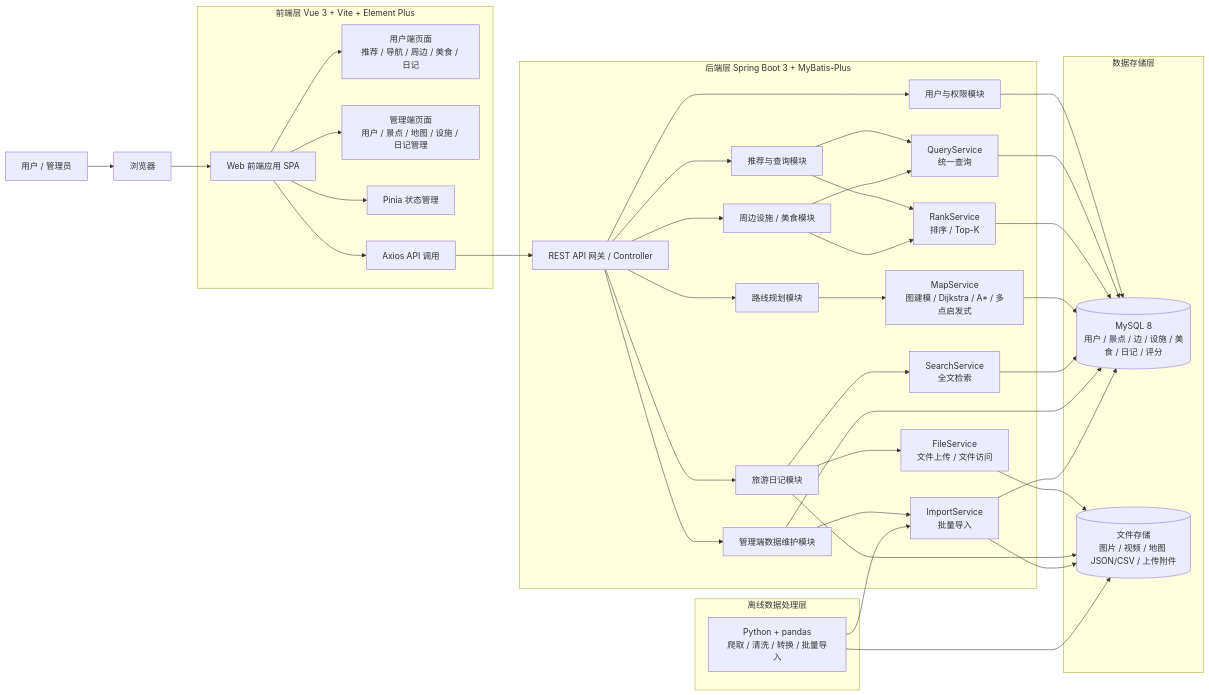
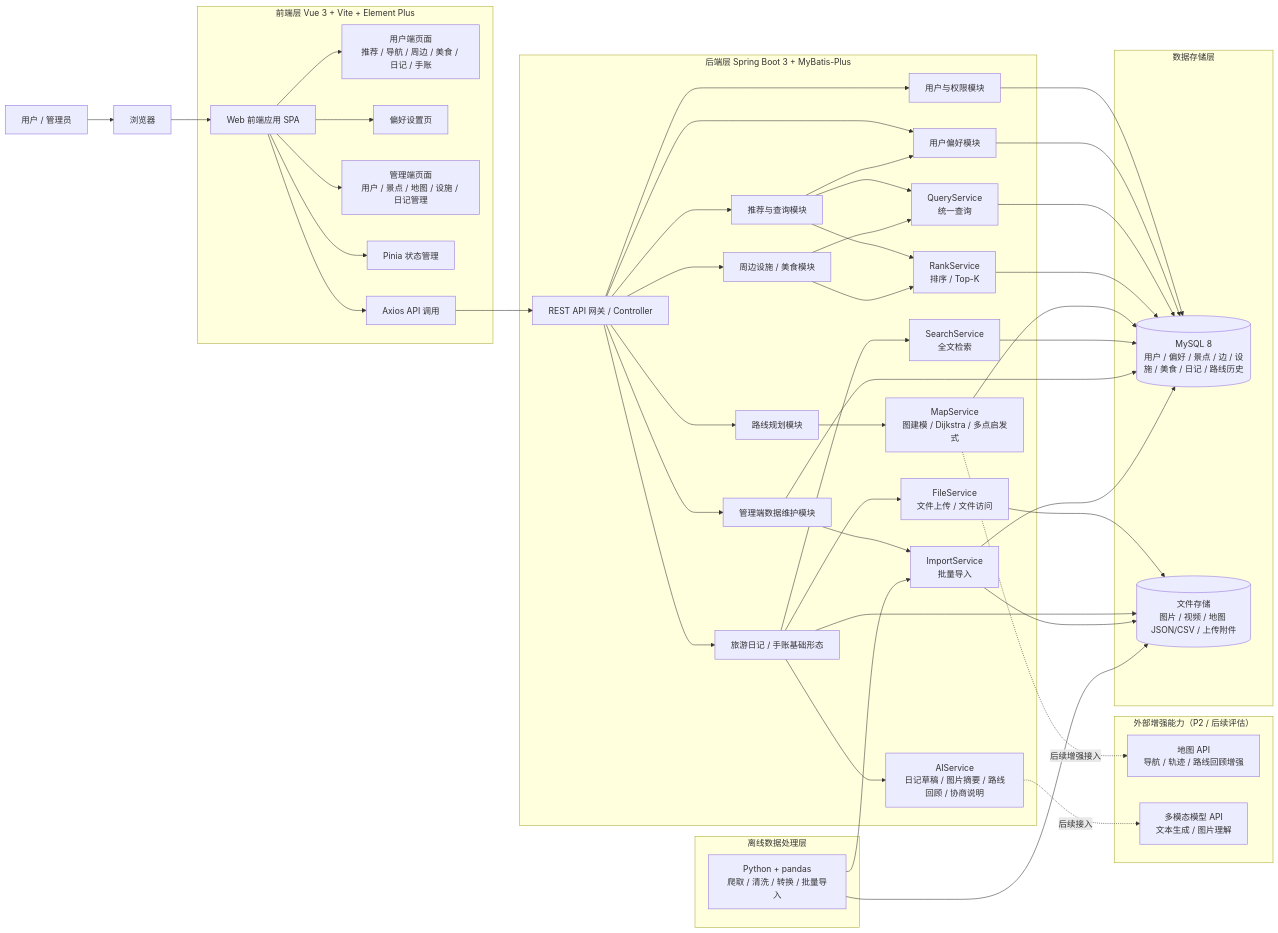
The first of 2 diagrams in project-root/docs/02_architecture/architecture.md (zijiazhang7-prog/trip-web), drawn with Mermaid before and after one commit. The commit also changed other lines of this file and 49 other files, not shown here.

`````diff
--- a/project-root/docs/02_architecture/architecture.md
+++ b/project-root/docs/02_architecture/architecture.md
@@ -59,7 +60,8 @@
 
     subgraph Frontend["前端层 Vue 3 + Vite + Element Plus"]
         SPA[Web 前端应用 SPA]
-        UserUI[用户端页面<br/>推荐 / 导航 / 周边 / 美食 / 日记]
+        UserUI[用户端页面<br/>推荐 / 导航 / 周边 / 美食 / 日记 / 手账]
+        PrefUI[偏好设置页]
         AdminUI[管理端页面<br/>用户 / 景点 / 地图 / 设施 / 日记管理]
         State[Pinia 状态管理]
         Http[Axios API 调用]
@@ -67,6 +69,7 @@
 
     Browser --> SPA
     SPA --> UserUI
+    SPA --> PrefUI
     SPA --> AdminUI
     SPA --> State
     SPA --> Http
@@ -75,23 +78,26 @@
         Gateway[REST API 网关 / Controller]
 
         Auth[用户与权限模块]
+        Pref[用户偏好模块]
         Rec[推荐与查询模块]
         Route[路线规划模块]
         Poi[周边设施 / 美食模块]
-        Diary[旅游日记模块]
+        Diary[旅游日记 / 手账基础形态]
         Admin[管理端数据维护模块]
 
         QuerySvc[QueryService<br/>统一查询]
         RankSvc[RankService<br/>排序 / Top-K]
-        MapSvc[MapService<br/>图建模 / Dijkstra / A* / 多点启发式]
+        MapSvc[MapService<br/>图建模 / Dijkstra / 多点启发式]
         SearchSvc[SearchService<br/>全文检索]
         FileSvc[FileService<br/>文件上传 / 文件访问]
+        AISvc[AIService<br/>日记草稿 / 图片摘要 / 路线回顾 / 协商说明]
         ImportSvc[ImportService<br/>批量导入]
     end
 
     Http --> Gateway
 
     Gateway --> Auth
+    Gateway --> Pref
     Gateway --> Rec
     Gateway --> Route
     Gateway --> Poi
@@ -100,19 +106,30 @@
 
     Rec --> QuerySvc
     Rec --> RankSvc
+    Rec --> Pref
     Route --> MapSvc
     Poi --> QuerySvc
     Poi --> RankSvc
     Diary --> SearchSvc
     Diary --> FileSvc
+    Diary --> AISvc
     Admin --> ImportSvc
 
+    subgraph External["外部增强能力（P2 / 后续评估）"]
+        ExtMap[地图 API<br/>导航 / 轨迹 / 路线回顾增强]
+        ExtAI[多模态模型 API<br/>文本生成 / 图片理解]
+    end
+
+    AISvc -.后续接入.-> ExtAI
+    MapSvc -.后续增强接入.-> ExtMap
+
     subgraph DataLayer["数据存储层"]
-        MySQL[(MySQL 8<br/>用户 / 景点 / 边 / 设施 / 美食 / 日记 / 评分)]
+        MySQL[(MySQL 8<br/>用户 / 偏好 / 景点 / 边 / 设施 / 美食 / 日记 / 路线历史)]
         FileStore[(文件存储<br/>图片 / 视频 / 地图 JSON/CSV / 上传附件)]
     end
 
     Auth --> MySQL
+    Pref --> MySQL
     QuerySvc --> MySQL
     RankSvc --> MySQL
     MapSvc --> MySQL
@@ -130,4 +147,4 @@
 
     PyETL --> ImportSvc
     PyETL --> FileStore
-````
+```
`````
